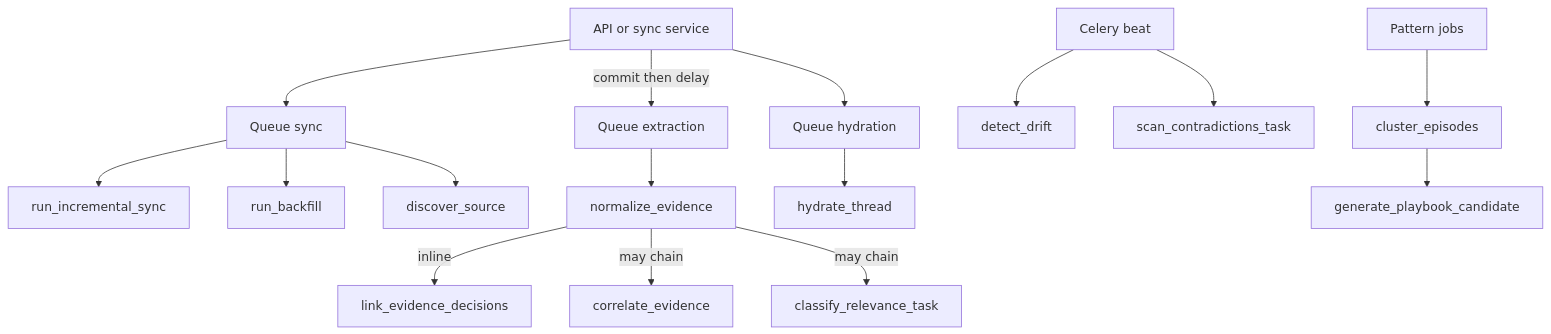
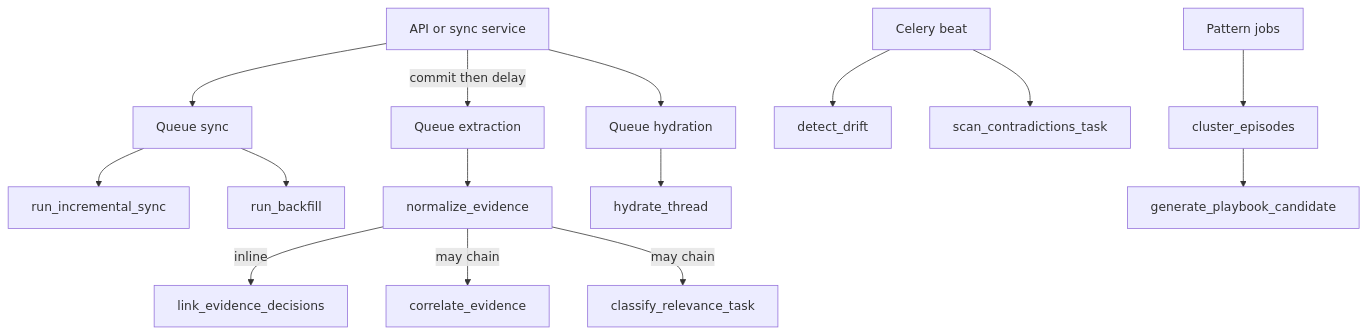
One commit to Valuedx/ContextEdge changed the diagram in codewiki/08-workers-celery-queues.md. Above: the diagram before and after it, drawn with Mermaid. The commit also changed other lines of this file and 21 other files, not shown here.

````diff
--- a/codewiki/08-workers-celery-queues.md
+++ b/codewiki/08-workers-celery-queues.md
@@ -42,18 +42,17 @@
 ```mermaid
 flowchart TB
   API[API or sync service] -->|commit then delay| QEX[Queue extraction]
   API --> QSYNC[Queue sync]
   QSYNC --> INC[run_incremental_sync]
   QSYNC --> BF[run_backfill]
-  QSYNC --> DISC[discover_source]
   QEX --> NORM[normalize_evidence]
   NORM -->|inline| DEC[link_evidence_decisions]
   NORM -->|may chain| CORR[correlate_evidence]
   NORM -->|may chain| CLS[classify_relevance_task]
   API --> QHYD[Queue hydration]
   QHYD --> HYDR[hydrate_thread]
   BEAT[Celery beat] --> EVAL[detect_drift]
   BEAT --> CONTRA[scan_contradictions_task]
   PAT[Pattern jobs] --> CLU[cluster_episodes]
   CLU --> GPC[generate_playbook_candidate]
 ```
````
